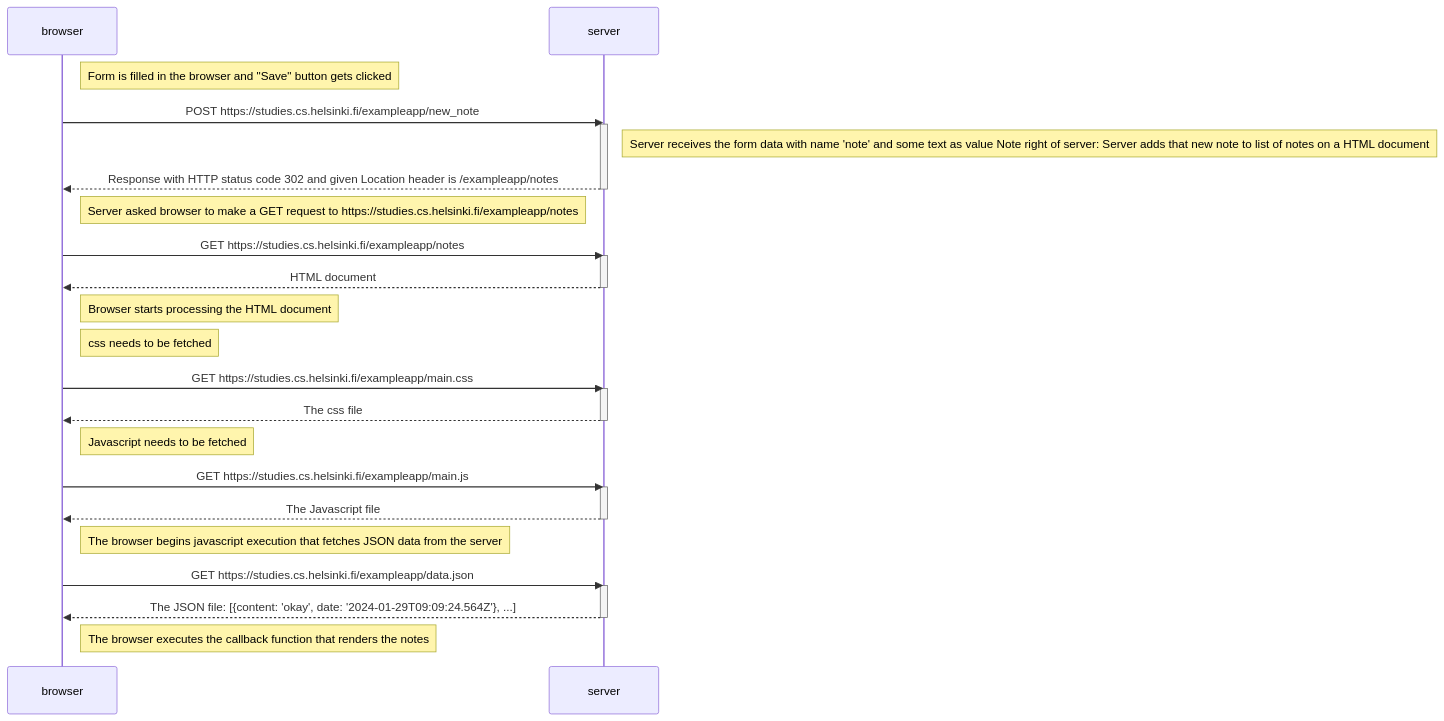
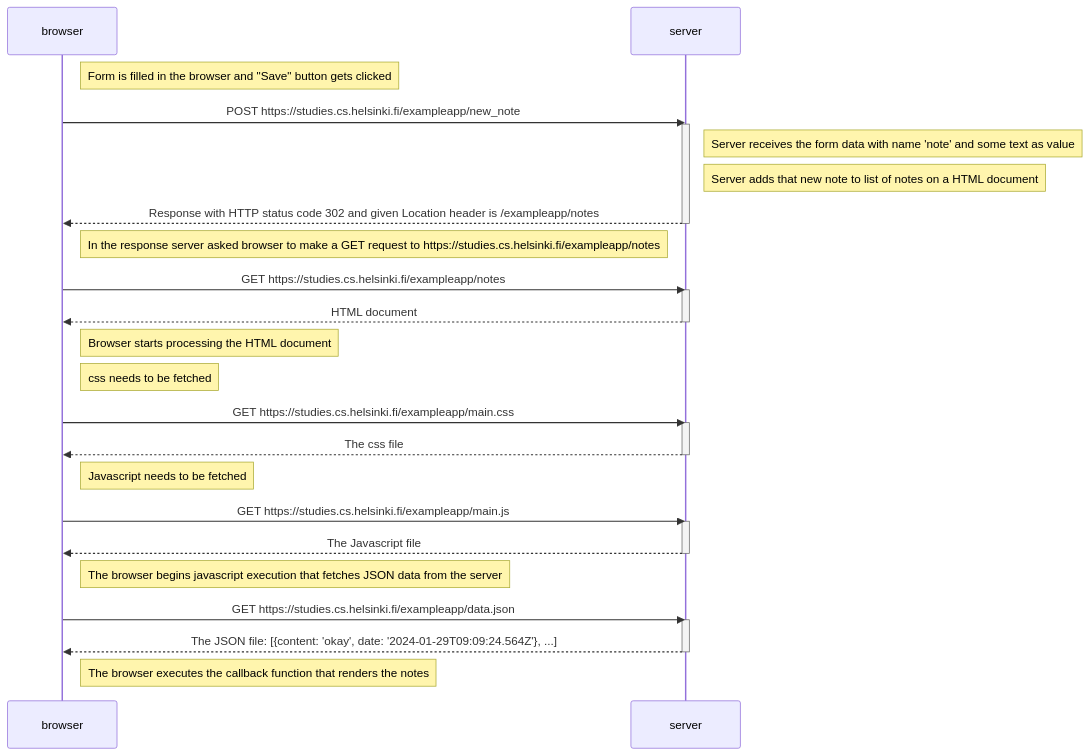
The diagram in exercises/part_0/New_note_diagram_0.4.md (AksuCode/Full-Stack-Open), drawn with Mermaid before and after one commit.

Commit message:
Last fix

````diff
--- a/exercises/part_0/New_note_diagram_0.4.md
+++ b/exercises/part_0/New_note_diagram_0.4.md
@@ -1,45 +1,46 @@
 ```mermaid
 sequenceDiagram
     participant browser
     participant server
 
     Note right of browser: Form is filled in the browser and "Save" button gets clicked
 
     browser->>server: POST https://studies.cs.helsinki.fi/exampleapp/new_note
     activate server
-    Note right of server: Server receives the form data with name 'note' and some text as value Note right of server: Server adds that new note to list of notes on a HTML document
+    Note right of server: Server receives the form data with name 'note' and some text as value
+    Note right of server: Server adds that new note to list of notes on a HTML document
     server-->>browser: Response with HTTP status code 302 and given Location header is /exampleapp/notes
     deactivate server
 
-    Note right of browser: Server asked browser to make a GET request to https://studies.cs.helsinki.fi/exampleapp/notes
+    Note right of browser: In the response server asked browser to make a GET request to https://studies.cs.helsinki.fi/exampleapp/notes
 
     browser->>server: GET https://studies.cs.helsinki.fi/exampleapp/notes
     activate server
     server-->>browser: HTML document
     deactivate server
 
     Note right of browser: Browser starts processing the HTML document
 
     Note right of browser: css needs to be fetched
 
     browser->>server: GET https://studies.cs.helsinki.fi/exampleapp/main.css
     activate server
     server-->>browser: The css file
     deactivate server
 
     Note right of browser: Javascript needs to be fetched
 
     browser->>server: GET https://studies.cs.helsinki.fi/exampleapp/main.js
     activate server
     server-->>browser: The Javascript file
     deactivate server
 
     Note right of browser: The browser begins javascript execution that fetches JSON data from the server
 
     browser->>server: GET https://studies.cs.helsinki.fi/exampleapp/data.json
     activate server
     server-->>browser: The JSON file: [{content: 'okay', date: '2024-01-29T09:09:24.564Z'}, ...]
     deactivate server
 
     Note right of browser: The browser executes the callback function that renders the notes
 ```
````
